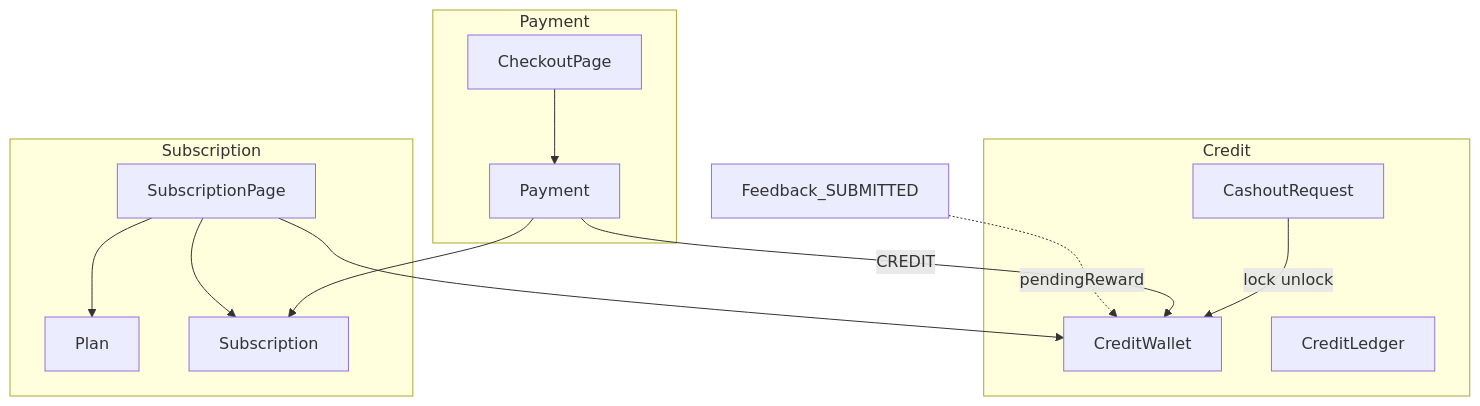
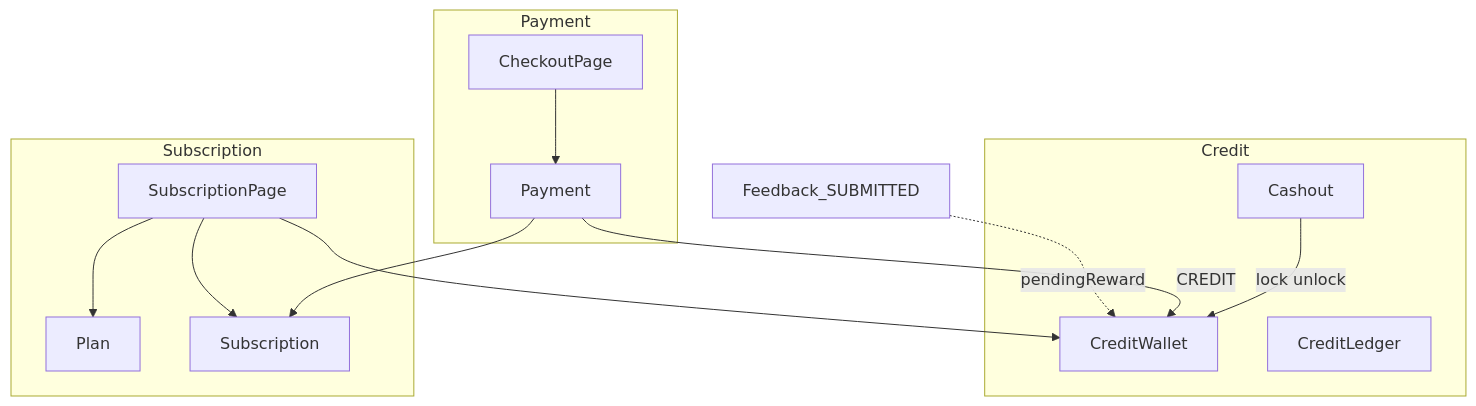
One commit to likelion-backendschool-9th/test-moa changed the first of 2 diagrams in docs/backend/payment/README.md. Above: the diagram before and after it, drawn with Mermaid. The commit also changed other lines of this file and 27 other files, not shown here.

````diff
--- a/docs/backend/payment/README.md
+++ b/docs/backend/payment/README.md
@@ -58,25 +58,25 @@
 ```mermaid
 flowchart TB
   subgraph credit [Credit]
     Wallet[CreditWallet]
     Ledger[CreditLedger]
-    Cashout[CashoutRequest]
+    Cashout[Cashout]
   end
   subgraph subscription [Subscription]
     PlanEntity[Plan]
     Sub[Subscription]
     Page[SubscriptionPage]
   end
   subgraph payment [Payment]
     Pay[Payment]
     Checkout[CheckoutPage]
   end
   Feedback[Feedback_SUBMITTED] -.pendingReward.-> Wallet
   Page --> PlanEntity
   Page --> Sub
   Page --> Wallet
   Checkout --> Pay
   Pay -->|"CREDIT"| Wallet
   Pay --> Sub
   Cashout -->|"lock unlock"| Wallet
 ```
````
